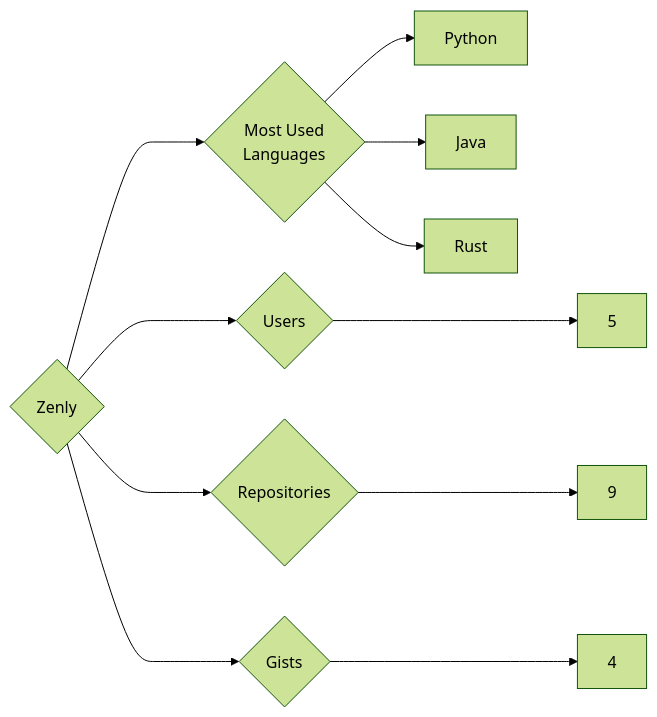
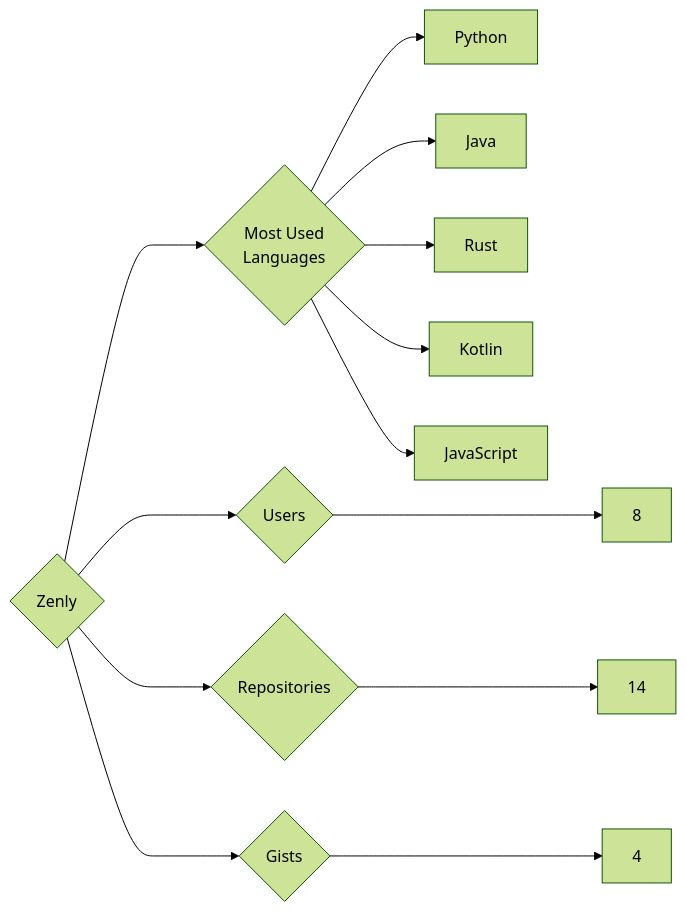
One commit to trickest/insiders changed the diagram in targets/Zenly/README.md. Above: the diagram before and after it, drawn with Mermaid (forest theme). The commit also changed 829 other files, not shown here.

````diff
--- a/targets/Zenly/README.md
+++ b/targets/Zenly/README.md
@@ -3,11 +3,13 @@
 ```mermaid
 graph LR
 COMPANY_NAME{Zenly}
-COMPANY_NAME ---> U{Users} ---> UN[5]
-COMPANY_NAME ---> R{Repositories} ---> RN[9]
+COMPANY_NAME ---> U{Users} ---> UN[8]
+COMPANY_NAME ---> R{Repositories} ---> RN[14]
 COMPANY_NAME ---> G{Gists} ---> GN[4]
 COMPANY_NAME ---> ML{Most Used<br>Languages}
 ML --> Python[Python]
 ML --> Java[Java]
 ML --> Rust[Rust]
+ML --> Kotlin[Kotlin]
+ML --> JavaScript[JavaScript]
 ```
````
